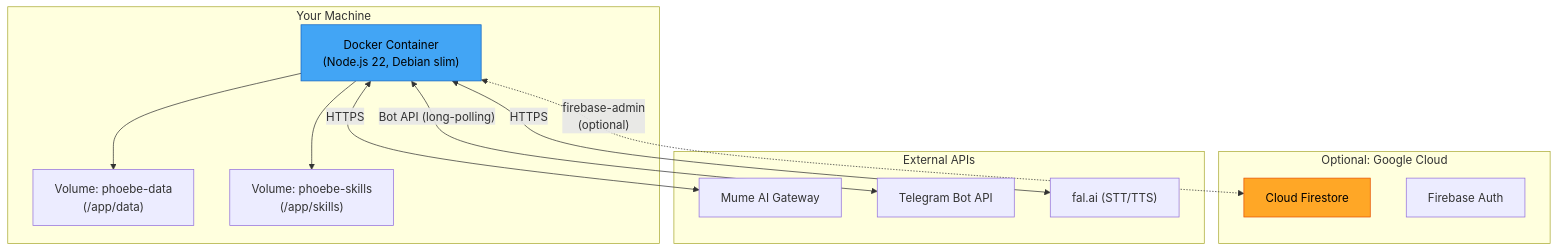
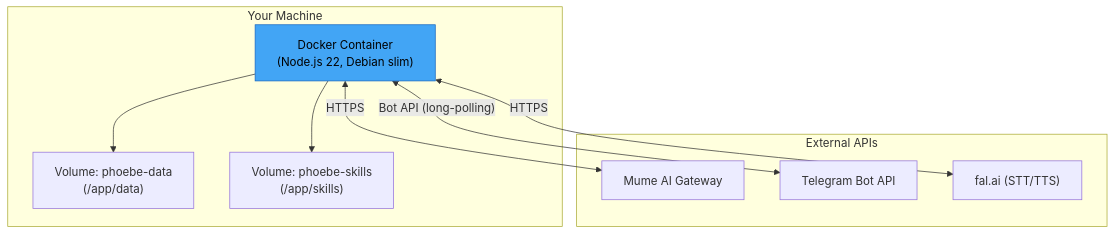
One commit to muse-mesh/phoebe changed the ninth of 9 diagrams in ARCHITECTURE.md. Above: the diagram before and after it, drawn with Mermaid. The commit also changed other lines of this file and 11 other files, not shown here.

First line of the commit message:
refactor: remove Firebase/Firestore integration — Telegram only

````diff
--- a/ARCHITECTURE.md
+++ b/ARCHITECTURE.md
@@ -867,29 +606,22 @@
 ```mermaid
 graph TB
     subgraph "Your Machine"
         DOCKER["Docker Container<br/>(Node.js 22, Debian slim)"]
         VOL_DATA["Volume: phoebe-data<br/>(/app/data)"]
         VOL_SKILLS["Volume: phoebe-skills<br/>(/app/skills)"]
         DOCKER --> VOL_DATA
         DOCKER --> VOL_SKILLS
-    end
-
-    subgraph "Optional: Google Cloud"
-        FIRESTORE["Cloud Firestore"]
-        FAUTH["Firebase Auth"]
     end
 
     subgraph "External APIs"
         MUMEAI["Mume AI Gateway"]
         TELEGRAM["Telegram Bot API"]
         FAL["fal.ai (STT/TTS)"]
     end
 
     DOCKER <-->|"HTTPS"| MUMEAI
     DOCKER <-->|"Bot API (long-polling)"| TELEGRAM
     DOCKER <-->|"HTTPS"| FAL
-    DOCKER <-.->|"firebase-admin<br/>(optional)"| FIRESTORE
 
     style DOCKER fill:#42A5F5,stroke:#1565C0,color:#000
-    style FIRESTORE fill:#FFA726,stroke:#E65100,color:#000
 ```
````
